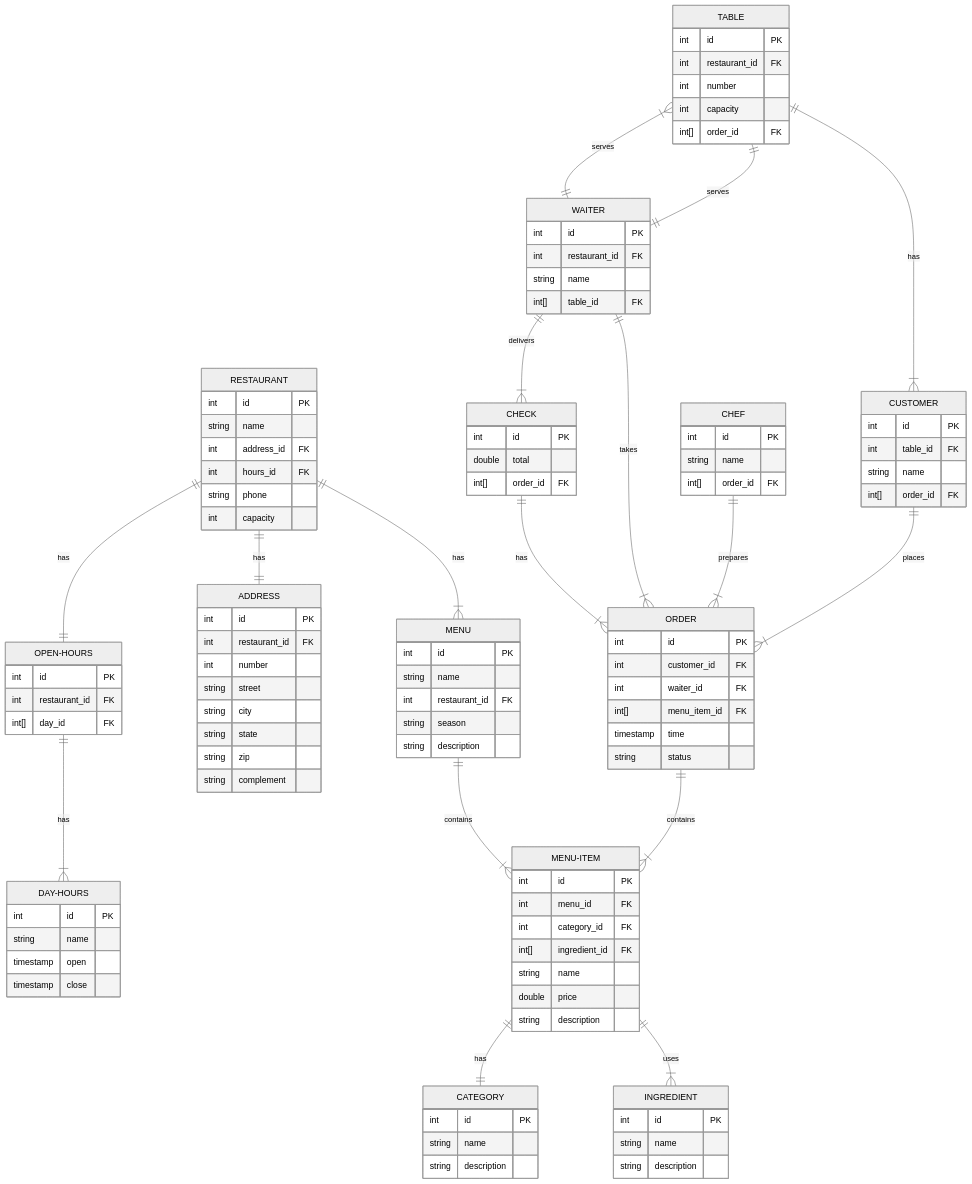
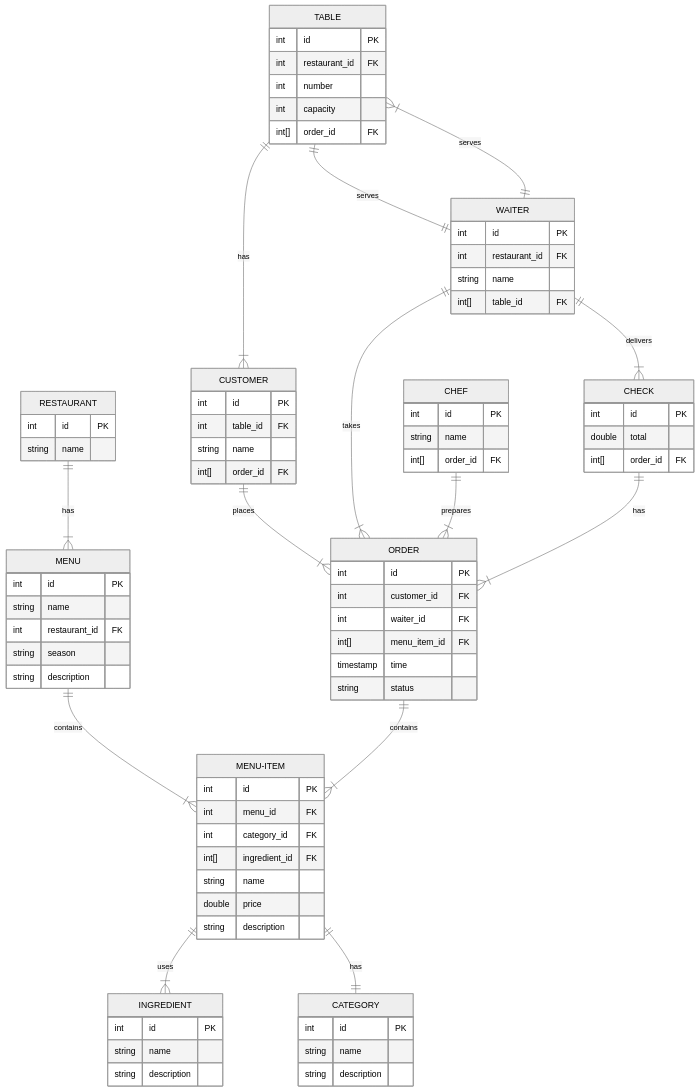
Before and after one commit to wrath-codes/drograria: the second of 2 diagrams in diagram.md, drawn with Mermaid (neutral theme). The commit also changed 6 other files, not shown here.

````diff
--- a/diagram.md
+++ b/diagram.md
@@ -14,9 +14,6 @@
     ```mermaid
         erDiagram
         RESTAURANT ||--|{ MENU : has
-        RESTAURANT ||--|| ADDRESS : has
-        RESTAURANT ||--|| OPEN-HOURS : has
-        OPEN-HOURS ||--|{ DAY-HOURS : has
         MENU ||--|{ MENU-ITEM : contains
         MENU-ITEM ||--|{ INGREDIENT : uses
         MENU-ITEM ||--|| CATEGORY : has
@@ -34,35 +31,8 @@
         RESTAURANT {
             int id PK
             string name 
-            int address_id FK
-            int hours_id FK
-            string phone
-            int capacity
         }
         
-        ADDRESS {
-            int id PK
-            int restaurant_id FK
-            int number
-            string street
-            string city
-            string state
-            string zip
-            string complement
-        }
-        
-        DAY-HOURS {
-            int id PK
-            string name
-            timestamp open
-            timestamp close
-        }
-        
-        OPEN-HOURS {
-            int id PK
-            int restaurant_id FK
-            int[] day_id FK
-        }
         
         MENU {
             int id PK
````
